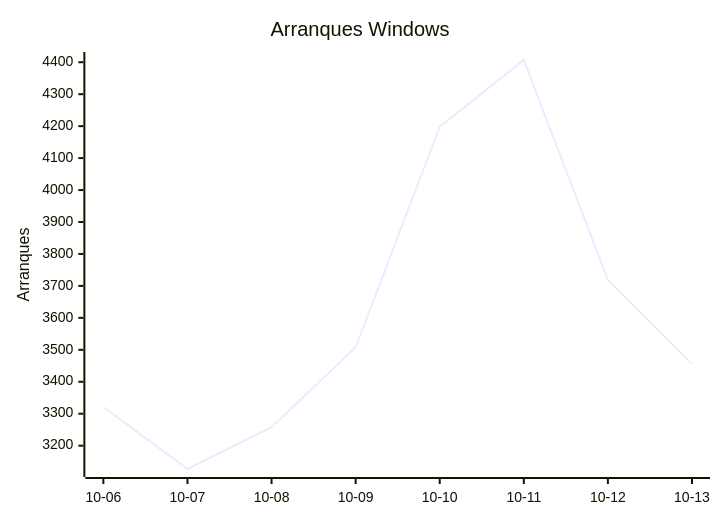
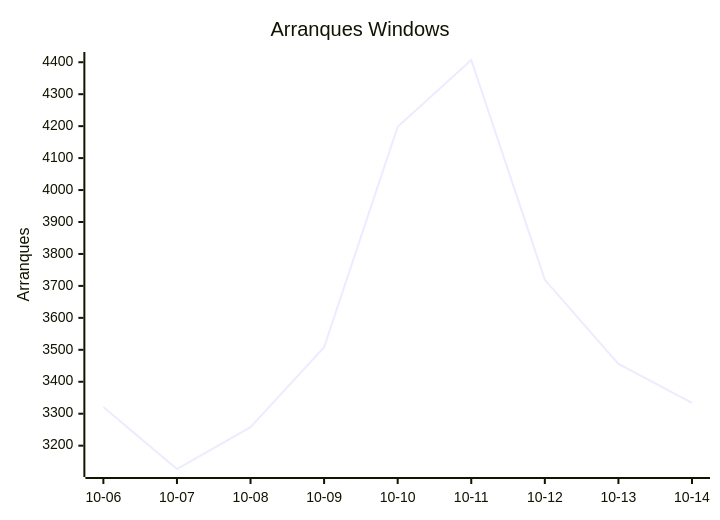
Before and after one commit to EmuDeck/stats: the third of 8 diagrams in README.md, drawn with Mermaid. The commit also changed other lines of this file and 2 other files, not shown here.

````diff
--- a/README.md
+++ b/README.md
@@ -34,7 +34,7 @@
 ```mermaid
 xychart-beta
     title "Arranques Windows"
-    x-axis ["10-06", "10-07", "10-08", "10-09", "10-10", "10-11", "10-12", "10-13"]
+    x-axis ["10-06", "10-07", "10-08", "10-09", "10-10", "10-11", "10-12", "10-13", "10-14"]
     y-axis "Arranques"
-    line [3321, 3127, 3258, 3508, 4198, 4407, 3719, 3456]
+    line [3321, 3127, 3258, 3508, 4198, 4407, 3719, 3456, 3334]
 ```
````
